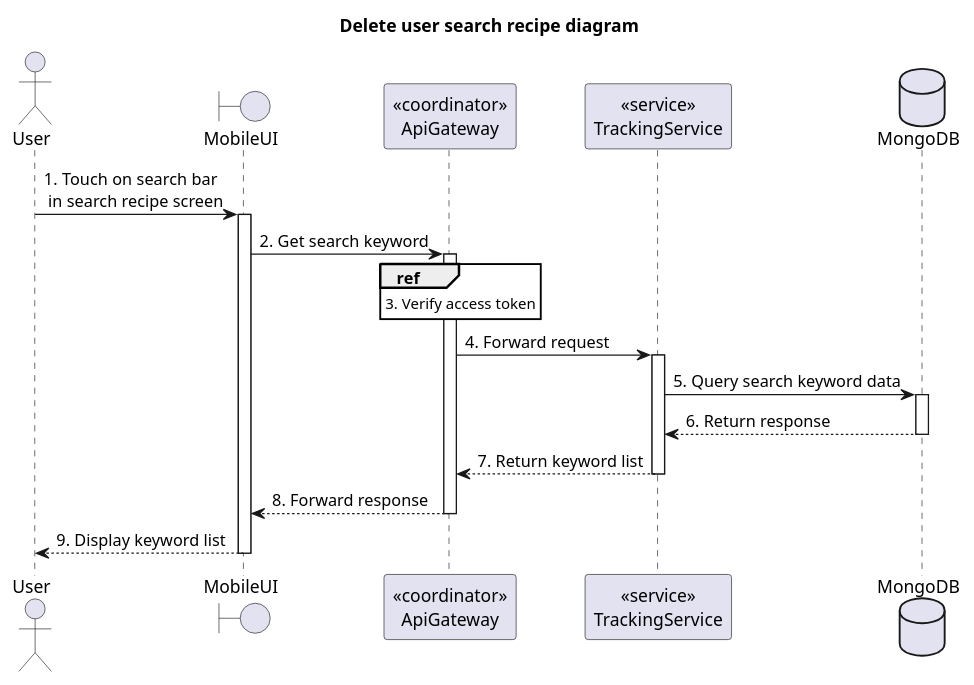
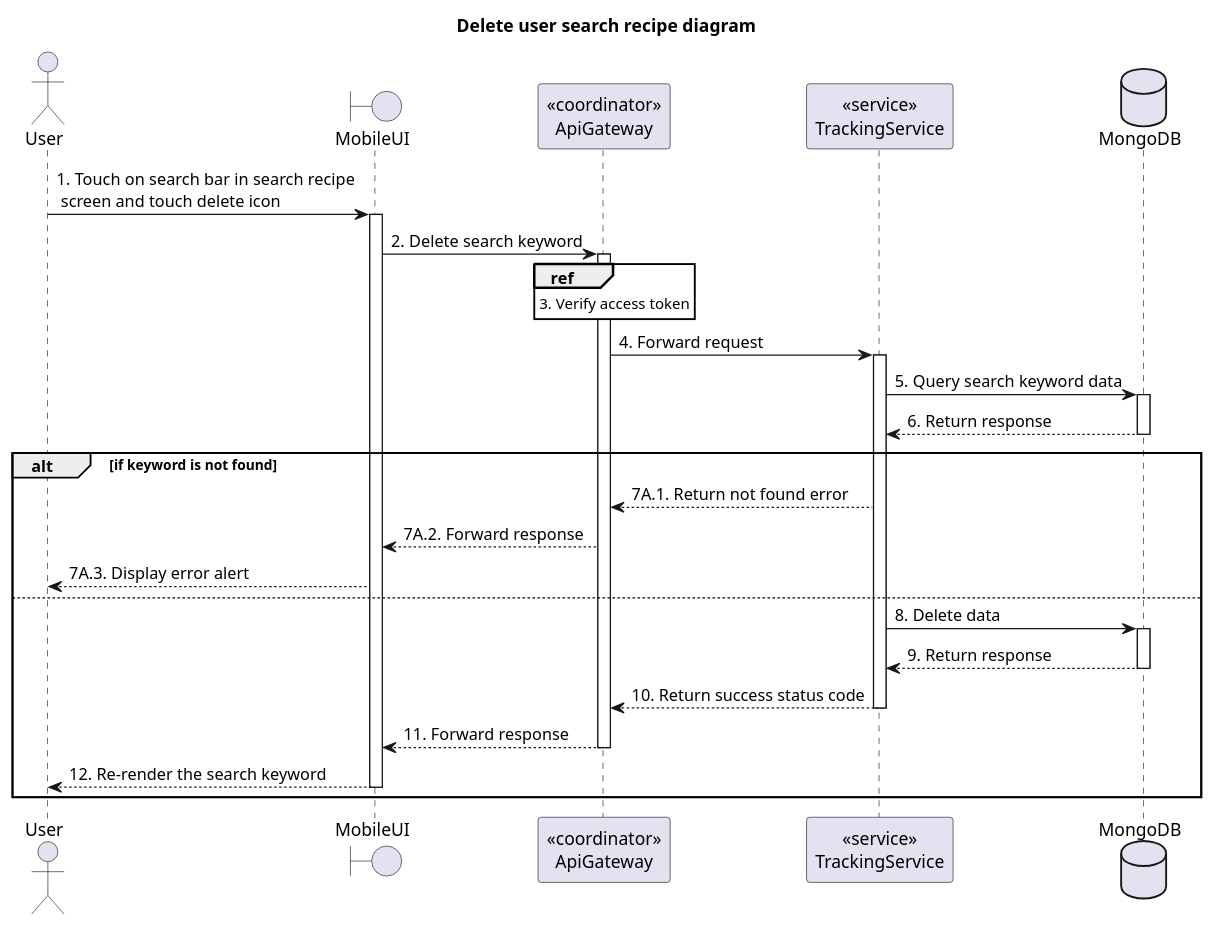
The diagram in doc/SDS/Tracking/User/DeleteUserSearchRecipe/Sequence.plantuml (Carl-Johnsons/tastopia), drawn with PlantUML before and after one commit. The commit also changed 15 other files, not shown here.

Commit message:
be: add tracking diagrams

```diff
--- a/doc/SDS/Tracking/User/DeleteUserSearchRecipe/Sequence.plantuml
+++ b/doc/SDS/Tracking/User/DeleteUserSearchRecipe/Sequence.plantuml
@@ -1,32 +1,40 @@
 @startuml Sequence
 title "Delete user search recipe diagram"
 ' Style section
 <style>
   sequenceDiagram {
     reference {
       BackGroundColor white
     }
 }
 </style>
 
 actor User
 boundary MobileUI
 participant "<<coordinator>>\nApiGateway" as ApiGateway
 participant "<<service>>\nTrackingService" as TrackingService
 database MongoDB
 
-User -> MobileUI++: 1. Touch on search bar \n in search recipe screen
+User -> MobileUI++: 1. Touch on search bar in search recipe\n screen and touch delete icon
 
-MobileUI -> ApiGateway++: 2. Get search keyword
+MobileUI -> ApiGateway++: 2. Delete search keyword
 
 ref over ApiGateway: 3. Verify access token
 
 ApiGateway -> TrackingService++: 4. Forward request
 
 TrackingService -> MongoDB++: 5. Query search keyword data
 TrackingService <-- MongoDB--: 6. Return response
-ApiGateway <-- TrackingService--: 7. Return keyword list
-MobileUI <-- ApiGateway--: 8. Forward response
-User <-- MobileUI--: 9. Display keyword list
+alt if keyword is not found
+  ApiGateway <-- TrackingService: 7A.1. Return not found error
+  MobileUI <-- ApiGateway: 7A.2. Forward response
+  User <-- MobileUI: 7A.3. Display error alert
+else
+  TrackingService -> MongoDB ++: 8. Delete data
+  TrackingService <-- MongoDB --: 9. Return response
+  ApiGateway <-- TrackingService--: 10. Return success status code
+  MobileUI <-- ApiGateway--: 11. Forward response
+  User <-- MobileUI--: 12. Re-render the search keyword
+end
 
 @enduml
```
